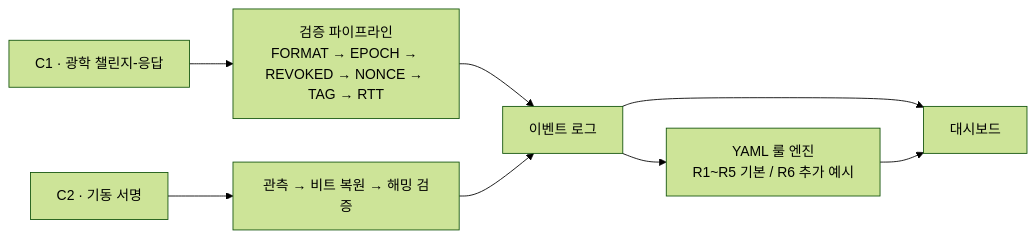
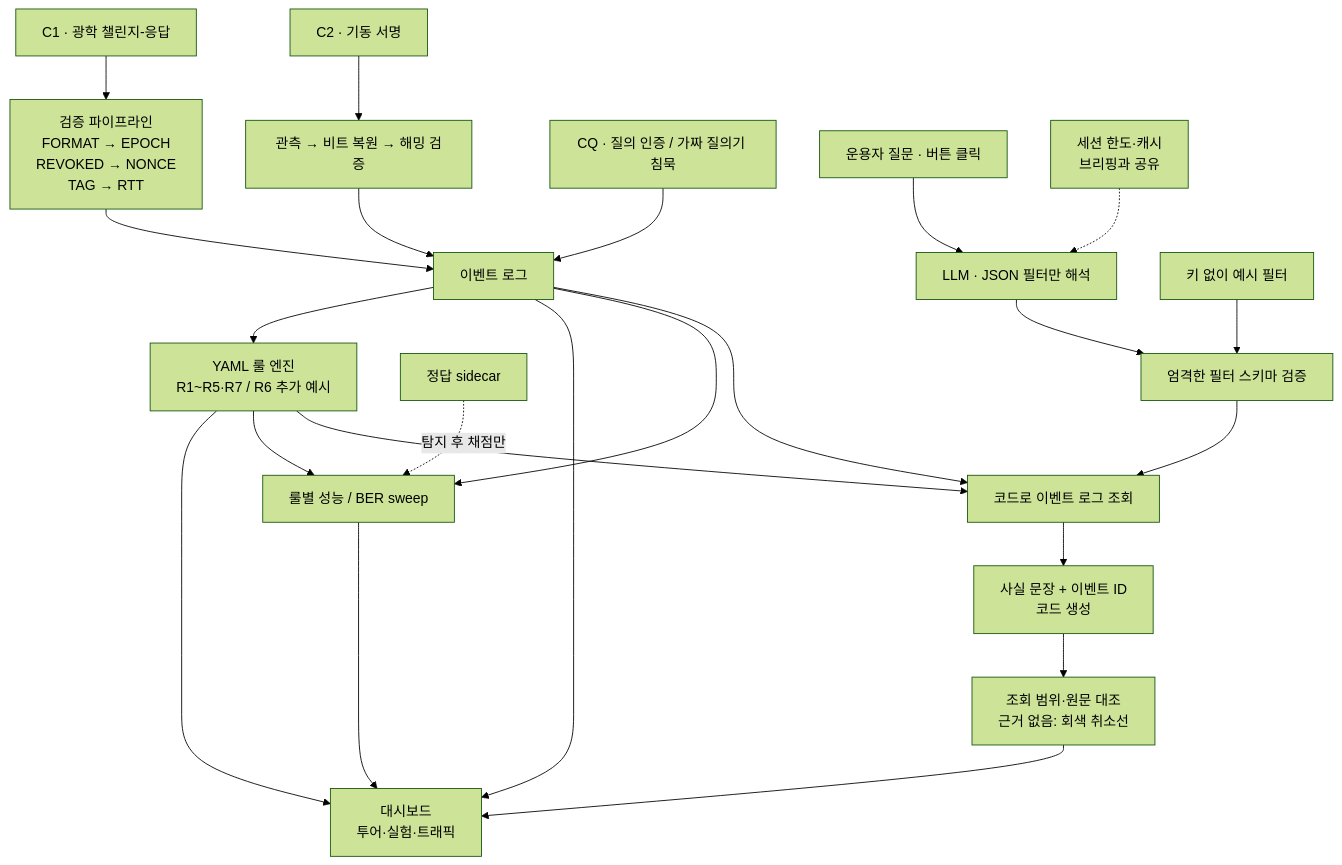
The diagram in README.md (cynkai/radio-silent-iff), drawn with Mermaid (forest theme) before and after one commit. The commit also changed other lines of this file and 8 other files, not shown here.

````diff
--- a/README.md
+++ b/README.md
@@ -30,10 +44,25 @@
 ```mermaid
-flowchart LR
-    C1["C1 · 광학 챌린지-응답"] --> P["검증 파이프라인<br/>FORMAT → EPOCH → REVOKED → NONCE → TAG → RTT"]
+flowchart TB
+    C1["C1 · 광학 챌린지-응답"] --> P["검증 파이프라인<br/>FORMAT → EPOCH<br/>REVOKED → NONCE<br/>TAG → RTT"]
     C2["C2 · 기동 서명"] --> H["관측 → 비트 복원 → 해밍 검증"]
     P --> E["이벤트 로그"]
     H --> E
-    E --> R["YAML 룰 엔진<br/>R1~R5 기본 / R6 추가 예시"]
-    E --> D["대시보드"]
+    CQ["CQ · 질의 인증 / 가짜 질의기 침묵"] --> E
+    E --> R["YAML 룰 엔진<br/>R1~R5·R7 / R6 추가 예시"]
+    E --> D["대시보드<br/>투어·실험·트래픽"]
     R --> D
+    T["정답 sidecar"] -. "탐지 후 채점만" .-> M["룰별 성능 / BER sweep"]
+    E --> M
+    R --> M
+    M --> D
+    Q["운용자 질문 · 버튼 클릭"] --> L["LLM · JSON 필터만 해석"]
+    L --> V["엄격한 필터 스키마 검증"]
+    V --> S["코드로 이벤트 로그 조회"]
+    E --> S
+    R --> S
+    S --> F["사실 문장 + 이벤트 ID<br/>코드 생성"]
+    F --> G["조회 범위·원문 대조<br/>근거 없음: 회색 취소선"]
+    G --> D
+    C["세션 한도·캐시<br/>브리핑과 공유"] -.-> L
+    O["키 없이 예시 필터"] --> V
 ```
````
